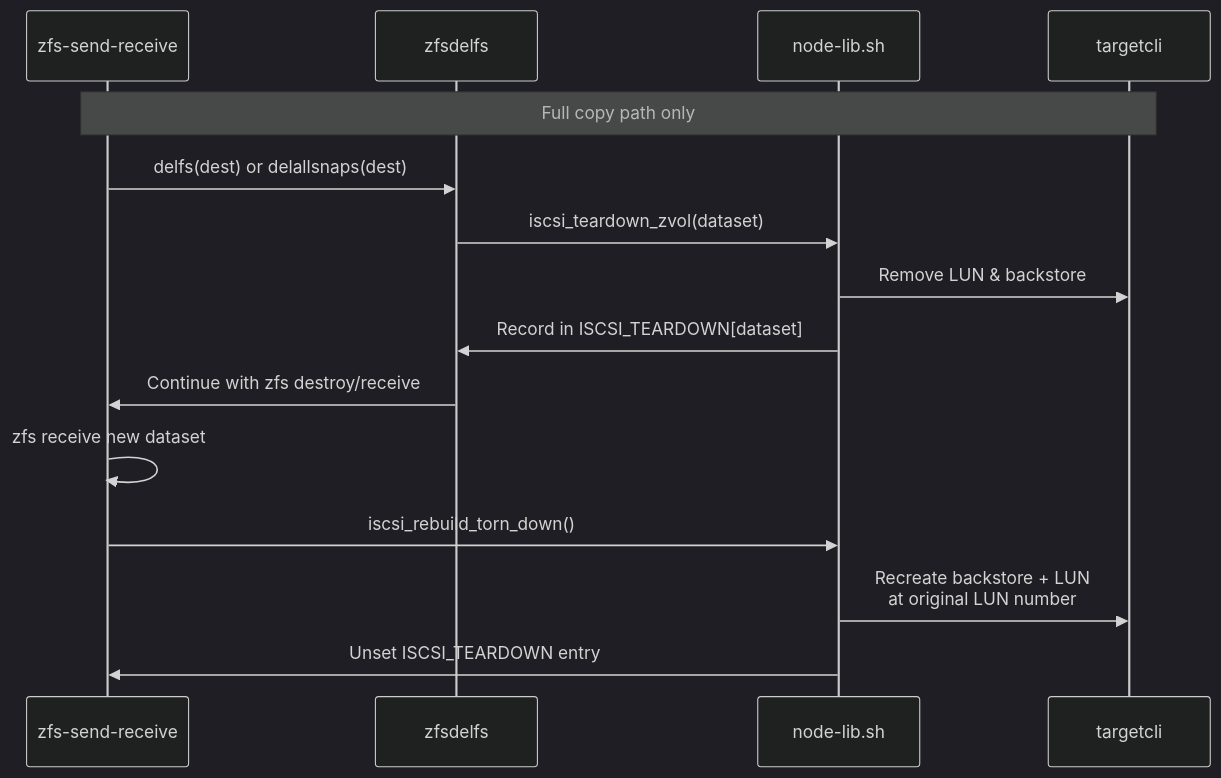
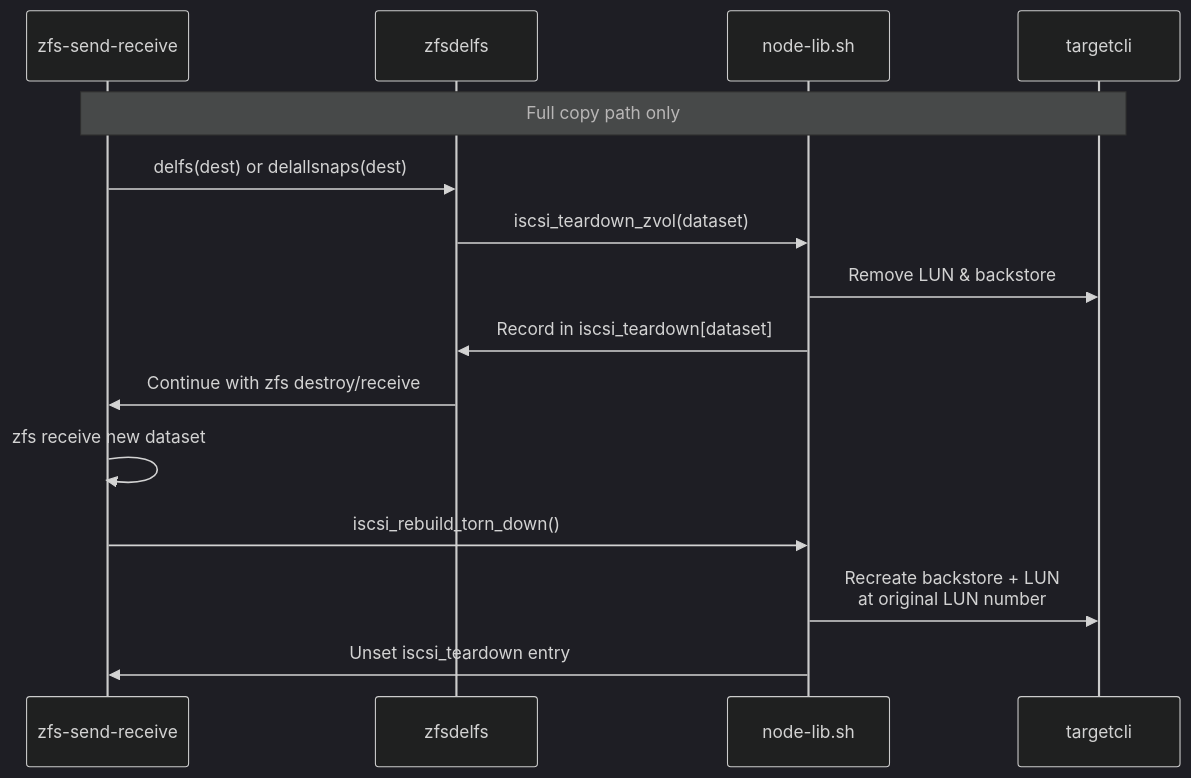
Before and after one commit to wallart1/ZFSutilities: the sixth of 6 diagrams in docs/docs/developer-guide/architecture.md, drawn with Mermaid (dark theme). The commit also changed other lines of this file and 147 other files, not shown here.

````diff
--- a/docs/docs/developer-guide/architecture.md
+++ b/docs/docs/developer-guide/architecture.md
@@ -545,18 +545,18 @@
 ```mermaid
 sequenceDiagram
     participant SR as zfs-send-receive
     participant ZFSD as zfsdelfs
     participant Node as node-lib.sh
     participant TC as targetcli
 
     Note over SR,TC: Full copy path only
     SR->>ZFSD: delfs(dest) or delallsnaps(dest)
     ZFSD->>Node: iscsi_teardown_zvol(dataset)
     Node->>TC: Remove LUN & backstore
-    Node->>ZFSD: Record in ISCSI_TEARDOWN[dataset]
+    Node->>ZFSD: Record in iscsi_teardown[dataset]
     ZFSD->>SR: Continue with zfs destroy/receive
     SR->>SR: zfs receive new dataset
     SR->>Node: iscsi_rebuild_torn_down()
     Node->>TC: Recreate backstore + LUN<br/>at original LUN number
-    Node->>SR: Unset ISCSI_TEARDOWN entry
+    Node->>SR: Unset iscsi_teardown entry
 ```
````
